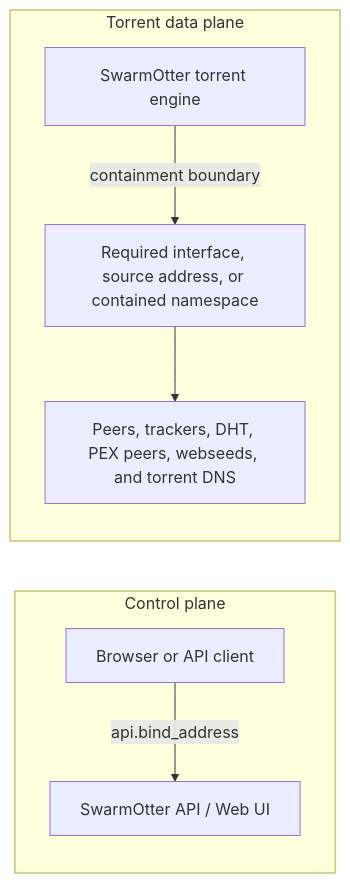
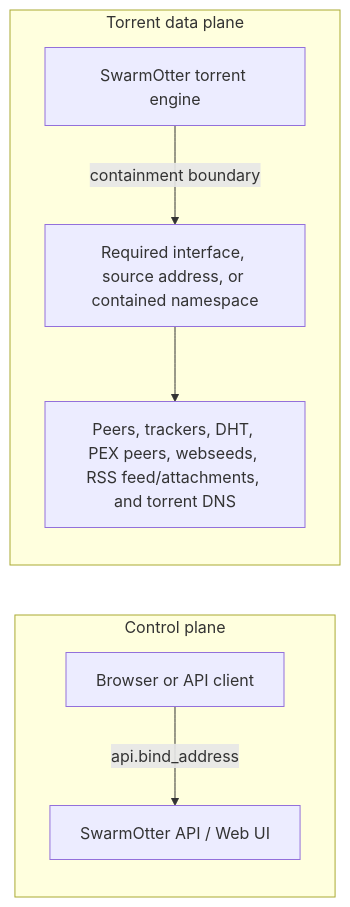
Before and after one commit to sphildreth/swarmotter: the first of 3 diagrams in docs/network-containment.md, drawn with Mermaid. The commit also changed other lines of this file and 242 other files, not shown here.

````diff
--- a/docs/network-containment.md
+++ b/docs/network-containment.md
@@ -25,11 +26,11 @@
 ```mermaid
 flowchart LR
     subgraph control["Control plane"]
         client["Browser or API client"] -->|"api.bind_address"| api["SwarmOtter API / Web UI"]
     end
 
     subgraph data["Torrent data plane"]
         engine["SwarmOtter torrent engine"] -->|"containment boundary"| boundary["Required interface, source address, or contained namespace"]
-        boundary --> torrentNet["Peers, trackers, DHT, PEX peers, webseeds, and torrent DNS"]
+        boundary --> torrentNet["Peers, trackers, DHT, PEX peers, webseeds, RSS feed/attachments, and torrent DNS"]
     end
 ```
````
